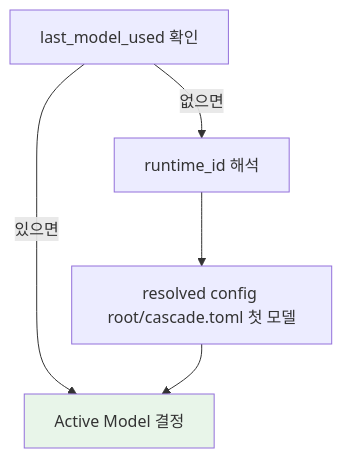
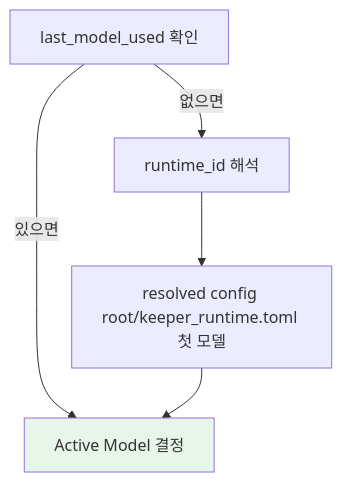
Before and after one commit to jeong-sik/masc: the second of 3 diagrams in docs/KEEPER-USER-MANUAL.md, drawn with Mermaid. The commit also changed other lines of this file and 1195 other files, not shown here.

````diff
--- a/docs/KEEPER-USER-MANUAL.md
+++ b/docs/KEEPER-USER-MANUAL.md
@@ -602,9 +602,9 @@
 ```mermaid
 flowchart TD
     A[last_model_used 확인] -->|있으면| Z[Active Model 결정]
     A -->|없으면| B[runtime_id 해석]
-    B --> C[resolved config root/cascade.toml 첫 모델]
+    B --> C[resolved config root/keeper_runtime.toml 첫 모델]
     C --> Z
 
     style Z fill:#e8f5e9
 ```
````
